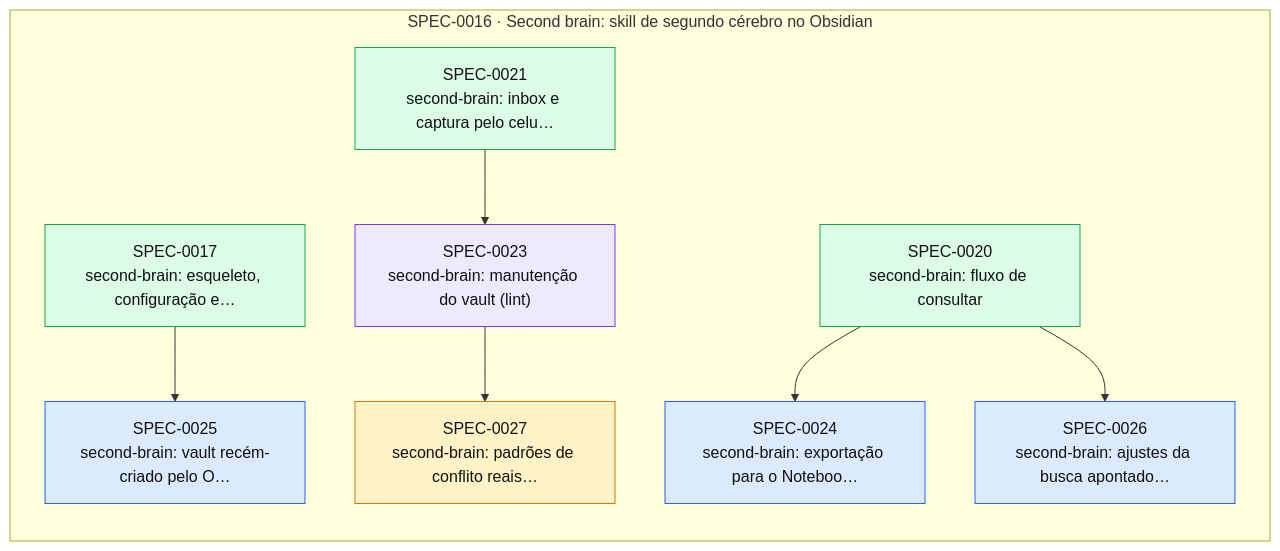
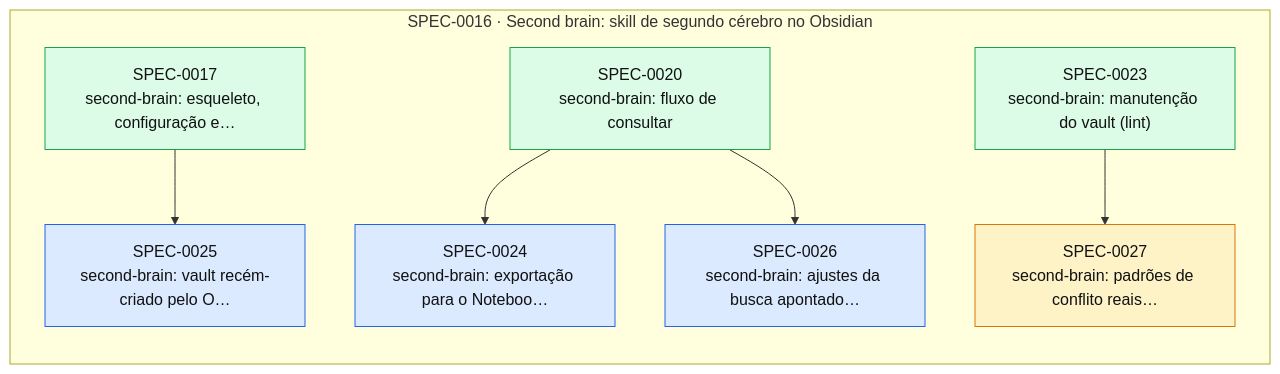
The diagram in docs/specs/INDEX.md (thomasravache/ai-dev-brain), drawn with Mermaid before and after one commit. The commit also changed other lines of this file and 1 other file, not shown here.

First line of the commit message:
docs(specs): G7 e fechamento da SPEC-0023

````diff
--- a/docs/specs/INDEX.md
+++ b/docs/specs/INDEX.md
@@ -49,23 +48,21 @@
 ```mermaid
 flowchart LR
   subgraph E0016["SPEC-0016 · Second brain: skill de segundo cérebro no Obsidian"]
     S0017["SPEC-0017<br/>second-brain: esqueleto, configuração e…"]:::implemented
     S0020["SPEC-0020<br/>second-brain: fluxo de consultar"]:::implemented
-    S0021["SPEC-0021<br/>second-brain: inbox e captura pelo celu…"]:::implemented
-    S0023["SPEC-0023<br/>second-brain: manutenção do vault (lint)"]:::inprogress
+    S0023["SPEC-0023<br/>second-brain: manutenção do vault (lint)"]:::implemented
     S0024["SPEC-0024<br/>second-brain: exportação para o Noteboo…"]:::approved
     S0025["SPEC-0025<br/>second-brain: vault recém-criado pelo O…"]:::approved
     S0026["SPEC-0026<br/>second-brain: ajustes da busca apontado…"]:::approved
     S0027["SPEC-0027<br/>second-brain: padrões de conflito reais…"]:::proposed
   end
-  S0021 --> S0023
   S0020 --> S0024
   S0017 --> S0025
   S0020 --> S0026
   S0023 --> S0027
   classDef proposed fill:#fef3c7,stroke:#d97706,color:#111
   classDef approved fill:#dbeafe,stroke:#2563eb,color:#111
   classDef inprogress fill:#ede9fe,stroke:#7c3aed,color:#111
   classDef implemented fill:#dcfce7,stroke:#16a34a,color:#111
   classDef deprecated fill:#f3f4f6,stroke:#9ca3af,color:#6b7280
 ```
````
